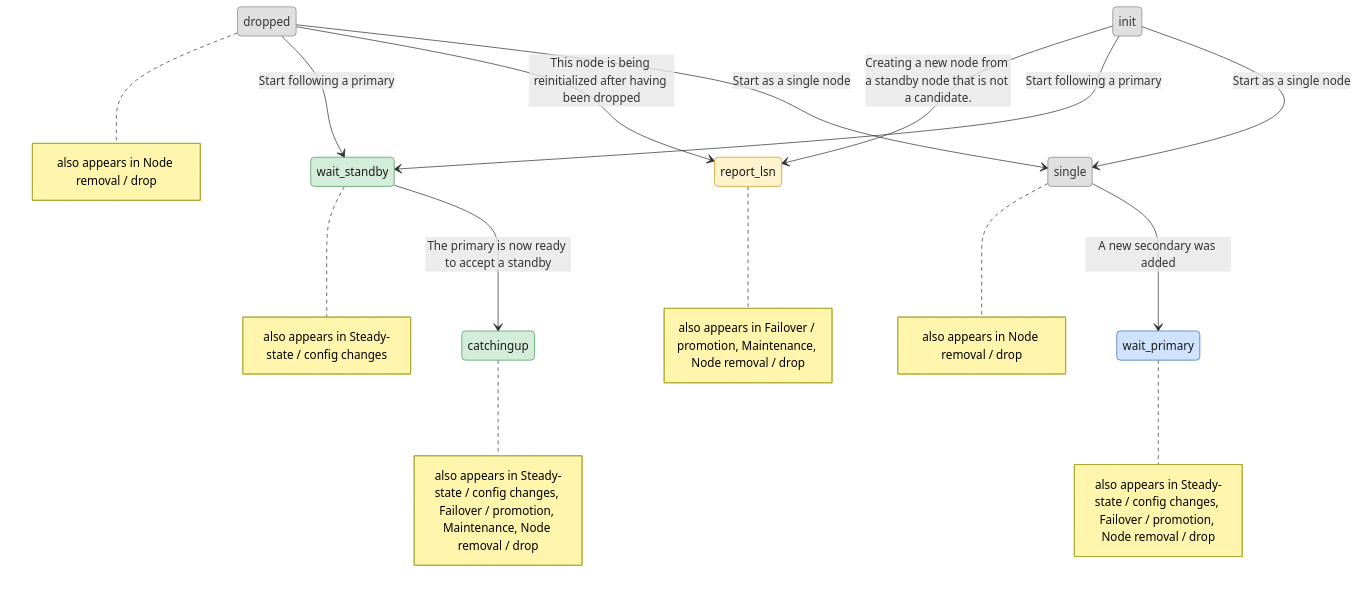
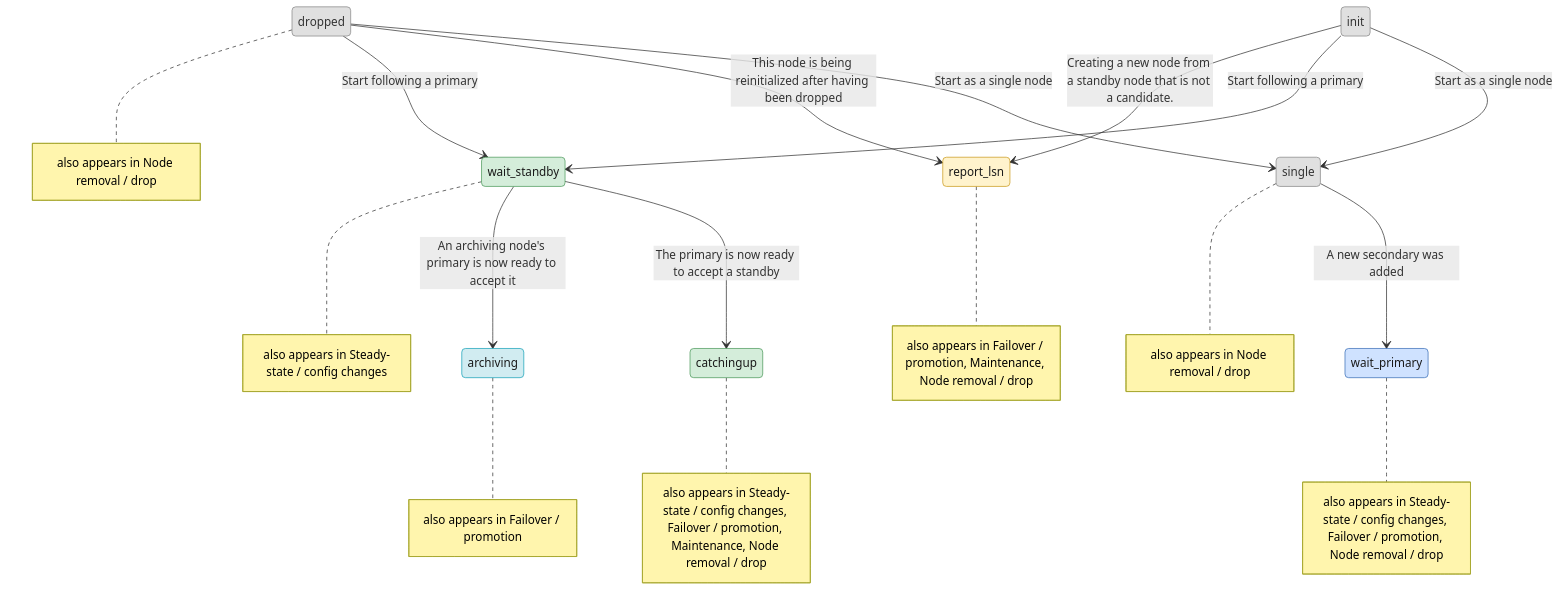
Before and after one commit to hapostgres/pg_auto_failover: the first of 5 diagrams in docs/failover-state-machine.rst, drawn with Mermaid. The commit also changed other lines of this file and 12 other files, not shown here.

```diff
--- a/docs/failover-state-machine.rst
+++ b/docs/failover-state-machine.rst
@@ -387,30 +421,34 @@
 .. mermaid::
 
    stateDiagram-v2
        init --> single : Start as a single node
        dropped --> single : Start as a single node
        dropped --> report_lsn : This node is being reinitialized after having been dropped
        single --> wait_primary : A new secondary was added
        wait_standby --> catchingup : The primary is now ready to accept a standby
        init --> wait_standby : Start following a primary
        dropped --> wait_standby : Start following a primary
        init --> report_lsn : Creating a new node from a standby node that is not a candidate.
+       wait_standby --> archiving : An archiving node's primary is now ready to accept it
 
        note right of single : also appears in Node removal / drop
        note right of dropped : also appears in Node removal / drop
        note right of report_lsn : also appears in Failover / promotion, Maintenance, Node removal / drop
        note right of wait_primary : also appears in Steady-state / config changes, Failover / promotion, Node removal / drop
        note right of wait_standby : also appears in Steady-state / config changes
        note right of catchingup : also appears in Steady-state / config changes, Failover / promotion, Maintenance, Node removal / drop
+       note right of archiving : also appears in Failover / promotion
 
        classDef metaState fill:#e0e0e0,stroke:#888888,color:#333333
        classDef primaryState fill:#cfe2ff,stroke:#3b6fb6,color:#1a1a1a
        classDef secondaryState fill:#d4edda,stroke:#4c9a5b,color:#1a1a1a
        classDef electionState fill:#fff3cd,stroke:#c99a1e,color:#1a1a1a
+       classDef archiverState fill:#d1ecf1,stroke:#17a2b8,color:#1a1a1a
        class init metaState
        class single metaState
        class dropped metaState
        class report_lsn electionState
        class wait_primary primaryState
        class wait_standby secondaryState
        class catchingup secondaryState
+       class archiving archiverState
```
